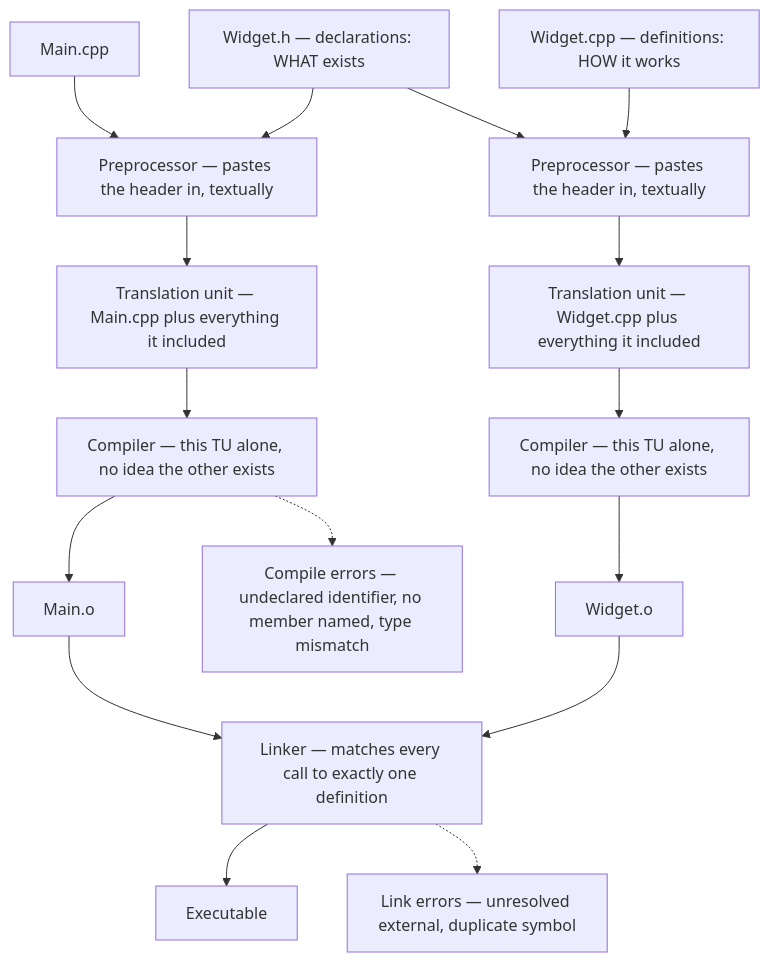
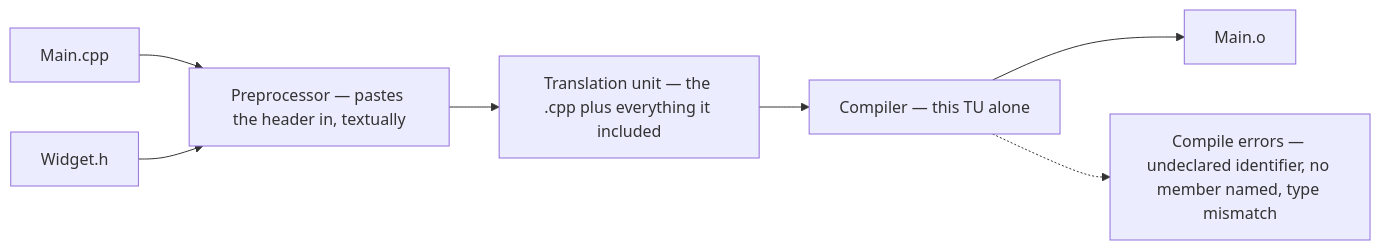
Before and after one commit to mkhomutov/going-unmanaged: the first of 2 diagrams in book/12-the-compilation-model.md, drawn with Mermaid. The commit also changed other lines of this file and 1 other file, not shown here.

Commit message:
Split the Chapter 12 pipeline diagram in two
The single flowchart carried the whole pipeline in one tall column: two
source files threading through preprocessor, translation unit and
compiler, then meeting at the linker. Split it at the seam the chapter
already teaches — stages 1 and 2 run once per .cpp in isolation, stage 3
runs once for the whole program.

The pair says more than the single picture did. The first follows one
.cpp's trip, which is what "the compiler has no idea other .cpp files
exist" actually looks like, and the second is visibly the only place the
two translation units meet. Each half still carries the class of error
its stage produces.

Laid out LR, the two render 156px and 224px tall at GitHub's content
width rather than 1084px, so neither dominates the page.

An earlier version of this message justified the split by saying GitHub
clips tall diagrams in the blob view. It does not: the render iframe has
no max-height and grows to the full scaled diagram. The split is
justified by the reading, not by any clipping.

````diff
--- a/book/12-the-compilation-model.md
+++ b/book/12-the-compilation-model.md
@@ -17,18 +17,9 @@
 ```mermaid
-flowchart TD
-    M["Main.cpp"] --> PP1["Preprocessor — pastes the header in, textually"]
-    H["Widget.h — declarations: WHAT exists"] --> PP1
-    H --> PP2["Preprocessor — pastes the header in, textually"]
-    W["Widget.cpp — definitions: HOW it works"] --> PP2
-    PP1 --> TU1["Translation unit — Main.cpp plus everything it included"]
-    PP2 --> TU2["Translation unit — Widget.cpp plus everything it included"]
-    TU1 --> C1["Compiler — this TU alone, no idea the other exists"]
-    TU2 --> C2["Compiler — this TU alone, no idea the other exists"]
-    C1 --> O1["Main.o"]
-    C2 --> O2["Widget.o"]
-    O1 --> LK["Linker — matches every call to exactly one definition"]
-    O2 --> LK
-    LK --> EXE["Executable"]
-    C1 -.-> CE["Compile errors — undeclared identifier, no member named, type mismatch"]
-    LK -.-> LE["Link errors — unresolved external, duplicate symbol"]
+flowchart LR
+    M["Main.cpp"] --> PP["Preprocessor — pastes the header in, textually"]
+    H["Widget.h"] --> PP
+    PP --> TU["Translation unit — the .cpp plus everything it included"]
+    TU --> C["Compiler — this TU alone"]
+    C --> O["Main.o"]
+    C -.-> CE["Compile errors — undeclared identifier, no member named, type mismatch"]
 ```
````
